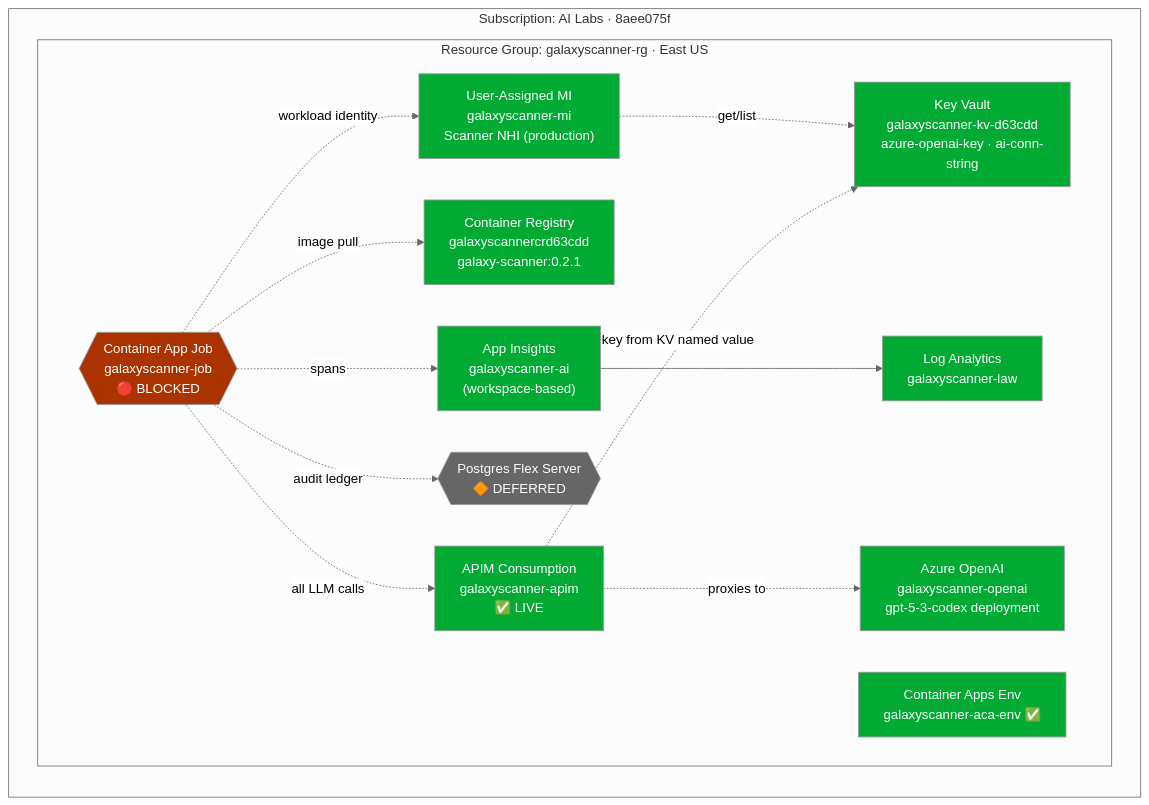
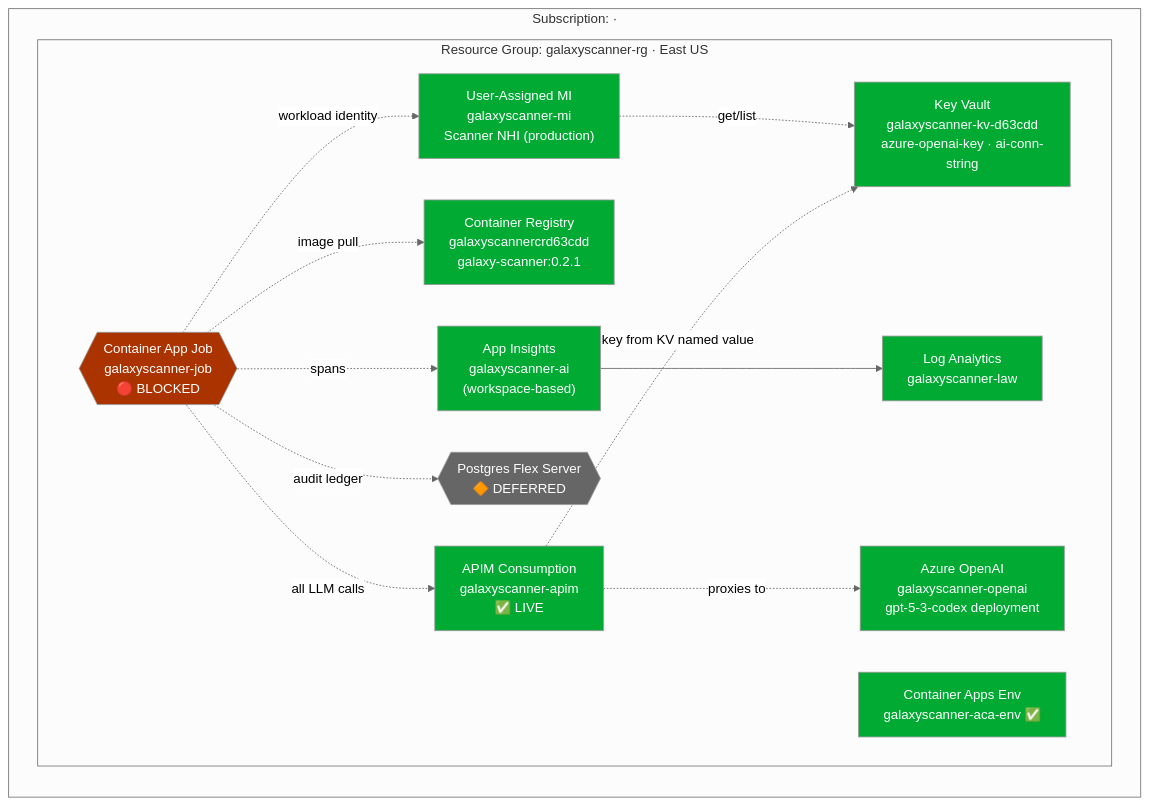
One commit to rlpatrao/agent-gov-sec changed the seventh of 11 diagrams in docs/architecture.md. Above: the diagram before and after it, drawn with Mermaid (neutral theme). The commit also changed 16 other files, not shown here.

````diff
--- a/docs/architecture.md
+++ b/docs/architecture.md
@@ -359,34 +359,34 @@
 ```mermaid
 flowchart LR
-  subgraph Sub["Subscription: AI Labs · 8aee075f"]
+  subgraph Sub["Subscription: <your-subscription-name> · <your-subscription-id>"]
     subgraph RG["Resource Group: galaxyscanner-rg · East US"]
       KV["Key Vault\ngalaxyscanner-kv-d63cdd\nazure-openai-key · ai-conn-string"]
       ACR["Container Registry\ngalaxyscannercrd63cdd\ngalaxy-scanner:0.2.1"]
       MI["User-Assigned MI\ngalaxyscanner-mi\nScanner NHI (production)"]
       LAW["Log Analytics\ngalaxyscanner-law"]
       AI["App Insights\ngalaxyscanner-ai\n(workspace-based)"]
       AOAI["Azure OpenAI\ngalaxyscanner-openai\ngpt-5-3-codex deployment"]
       ACAEnv["Container Apps Env\ngalaxyscanner-aca-env ✅"]
       Job{{"Container App Job\ngalaxyscanner-job\n🔴 BLOCKED"}}
       Pg{{"Postgres Flex Server\n🔶 DEFERRED"}}
       APIM["APIM Consumption\ngalaxyscanner-apim\n✅ LIVE"]
     end
   end
 
   AI --> LAW
   Job -. image pull .-> ACR
   Job -. workload identity .-> MI
   MI -. get/list .-> KV
   Job -. spans .-> AI
   Job -. audit ledger .-> Pg
   Job -. all LLM calls .-> APIM
   APIM -. key from KV named value .-> KV
   APIM -. proxies to .-> AOAI
 
   classDef done fill:#0a3,color:#fff
   classDef blocked fill:#a30,color:#fff
   classDef deferred fill:#666,color:#fff
   class KV,ACR,MI,LAW,AI,AOAI,ACAEnv,APIM done
   class Job blocked
   class Pg deferred
 ```
````
